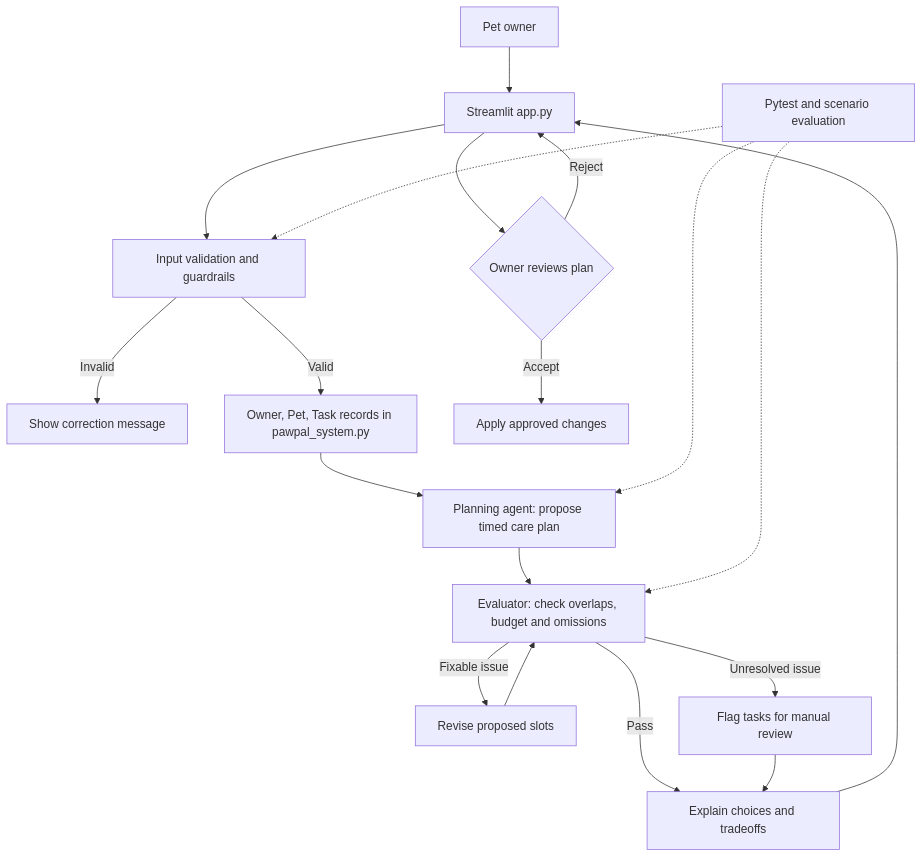
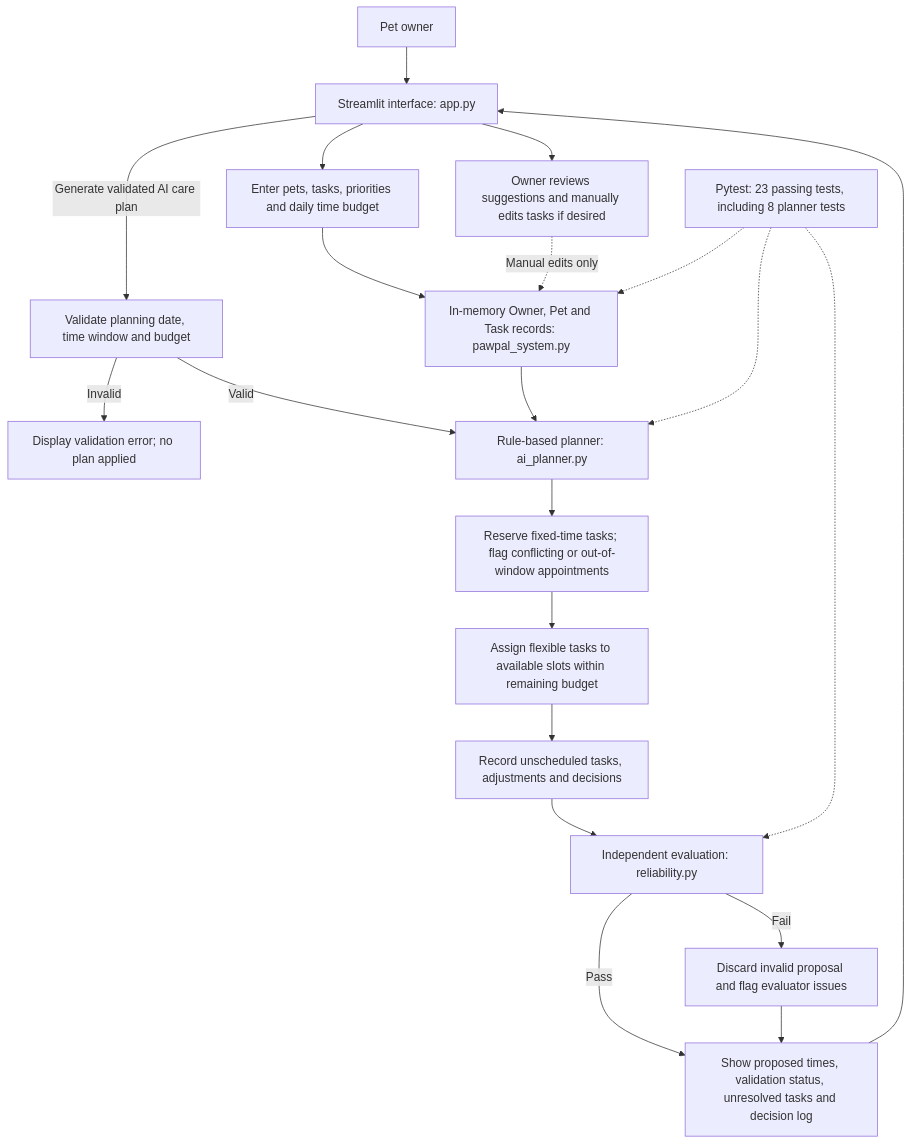
The diagram in diagrams/architecture.mmd (ecopot-a11y/pawpal-applied-ai-final), drawn with Mermaid before and after one commit.

Commit message:
docs: align architecture with proposal-only planning workflow

```diff
--- a/diagrams/architecture.mmd
+++ b/diagrams/architecture.mmd
@@ -1,19 +1,21 @@
 flowchart TD
-    U[Pet owner] --> UI[Streamlit app.py]
-    UI --> V[Input validation and guardrails]
-    V -->|Invalid| ERR[Show correction message]
-    V -->|Valid| DATA[Owner, Pet, Task records in pawpal_system.py]
-    DATA --> PLAN[Planning agent: propose timed care plan]
-    PLAN --> CHECK[Evaluator: check overlaps, budget and omissions]
-    CHECK -->|Fixable issue| REVISE[Revise proposed slots]
-    REVISE --> CHECK
-    CHECK -->|Unresolved issue| FLAG[Flag tasks for manual review]
-    CHECK -->|Pass| EXPLAIN[Explain choices and tradeoffs]
-    FLAG --> EXPLAIN
-    EXPLAIN --> UI
-    UI --> APPROVE{Owner reviews plan}
-    APPROVE -->|Accept| SAVE[Apply approved changes]
-    APPROVE -->|Reject| UI
-    TEST[Pytest and scenario evaluation] -.-> V
-    TEST -.-> PLAN
+    U[Pet owner] --> UI[Streamlit interface: app.py]
+    UI --> INPUT[Enter pets, tasks, priorities and daily time budget]
+    INPUT --> DATA[In-memory Owner, Pet and Task records: pawpal_system.py]
+    UI -->|Generate validated AI care plan| VALIDATE[Validate planning date, time window and budget]
+    VALIDATE -->|Invalid| ERROR[Display validation error; no plan applied]
+    VALIDATE -->|Valid| PLAN[Rule-based planner: ai_planner.py]
+    DATA --> PLAN
+    PLAN --> FIXED[Reserve fixed-time tasks; flag conflicting or out-of-window appointments]
+    FIXED --> FLEX[Assign flexible tasks to available slots within remaining budget]
+    FLEX --> OMIT[Record unscheduled tasks, adjustments and decisions]
+    OMIT --> CHECK[Independent evaluation: reliability.py]
+    CHECK -->|Pass| DISPLAY[Show proposed times, validation status, unresolved tasks and decision log]
+    CHECK -->|Fail| REJECT[Discard invalid proposal and flag evaluator issues]
+    REJECT --> DISPLAY
+    DISPLAY --> UI
+    UI --> REVIEW[Owner reviews suggestions and manually edits tasks if desired]
+    REVIEW -.->|Manual edits only| DATA
+    TEST[Pytest: 23 passing tests, including 8 planner tests] -.-> PLAN
     TEST -.-> CHECK
+    TEST -.-> DATA
```
